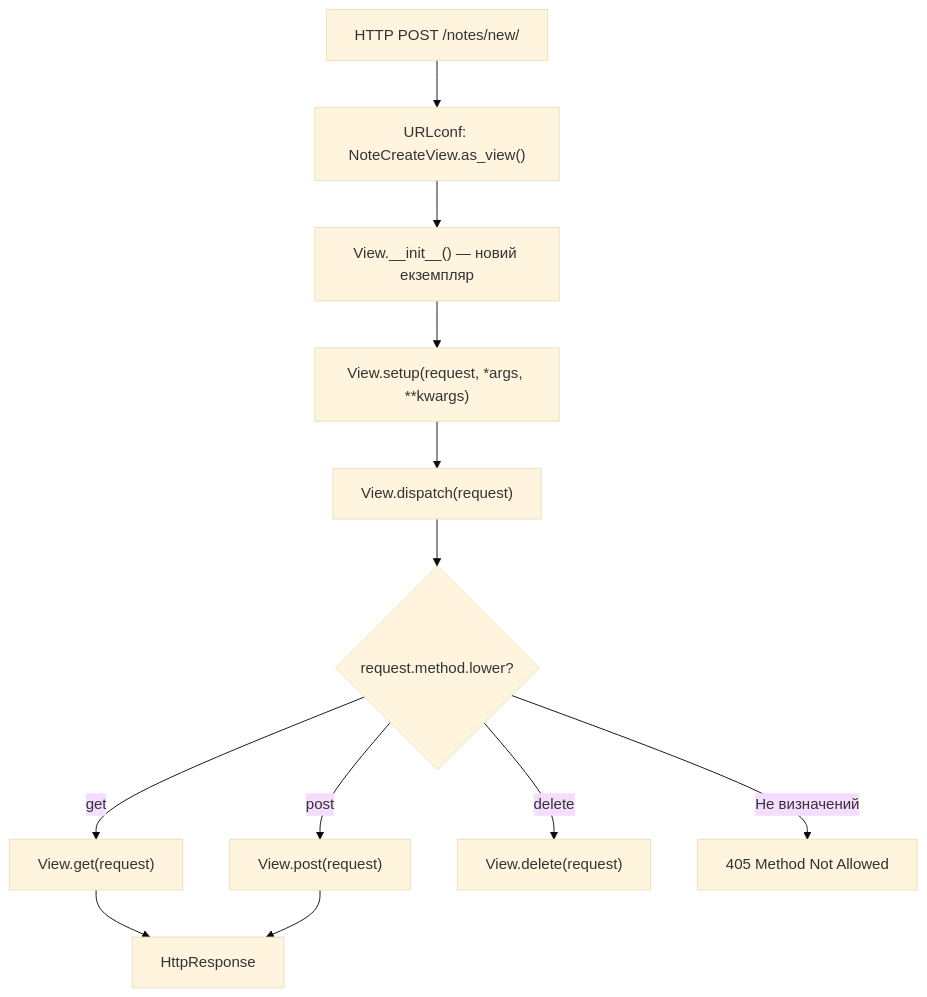
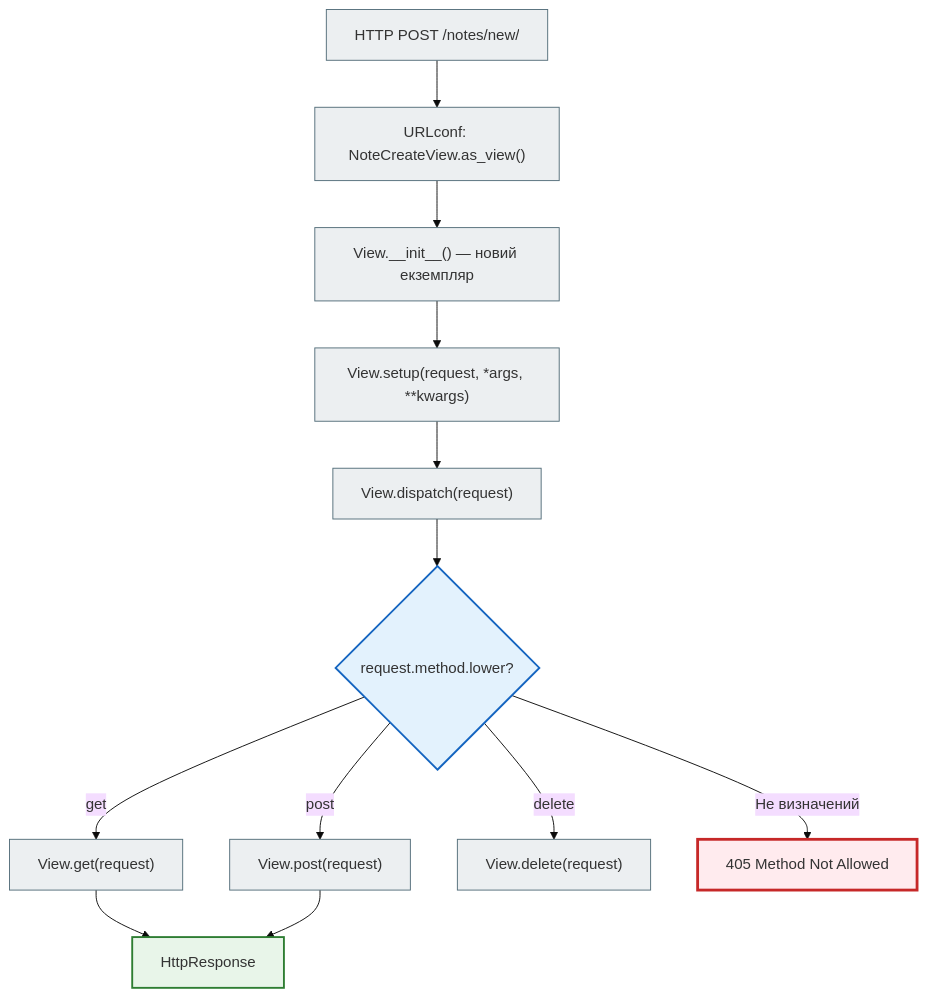
The fifth of 10 diagrams in docs/02_django_core/views_full.md (NikoriakViktot/notes_chat_app), drawn with Mermaid (base theme) before and after one commit. The commit also changed other lines of this file and 441 other files, not shown here.

First line of the commit message:
Add English version of the book, Mermaid standard, docs fixes

````diff
--- a/docs/02_django_core/views_full.md
+++ b/docs/02_django_core/views_full.md
@@ -379,14 +404,24 @@
 ```mermaid
 flowchart TD
     A["HTTP POST /notes/new/"] --> B["URLconf: NoteCreateView.as_view()"]
     B --> C["View.__init__() — новий екземпляр"]
     C --> D["View.setup(request, *args, **kwargs)"]
     D --> E["View.dispatch(request)"]
     E --> F{request.method.lower?}
     F -->|get| G["View.get(request)"]
     F -->|post| H["View.post(request)"]
     F -->|delete| I["View.delete(request)"]
     F -->|Не визначений| J["405 Method Not Allowed"]
     G --> K["HttpResponse"]
     H --> K
+
+    classDef step     fill:#eceff1,stroke:#546e7a,stroke-width:1px;
+    classDef decision fill:#e3f2fd,stroke:#1565c0,stroke-width:2px;
+    classDef success  fill:#e8f5e9,stroke:#2e7d32,stroke-width:2px;
+    classDef error    fill:#ffebee,stroke:#c62828,stroke-width:3px;
+
+    class A,B,C,D,E,G,H,I step;
+    class F decision;
+    class K success;
+    class J error;
 ```
````
